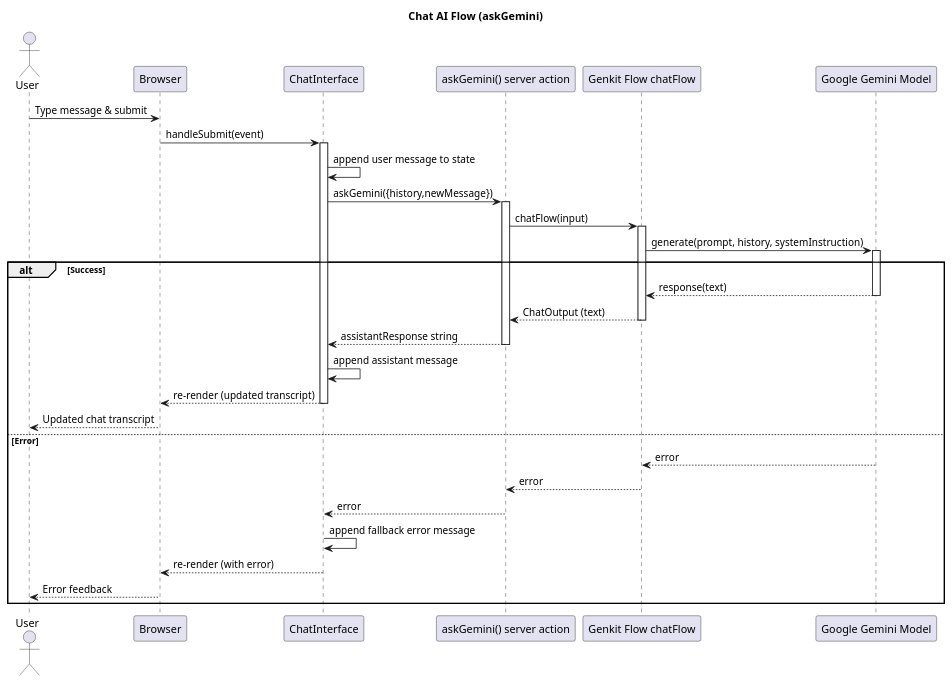
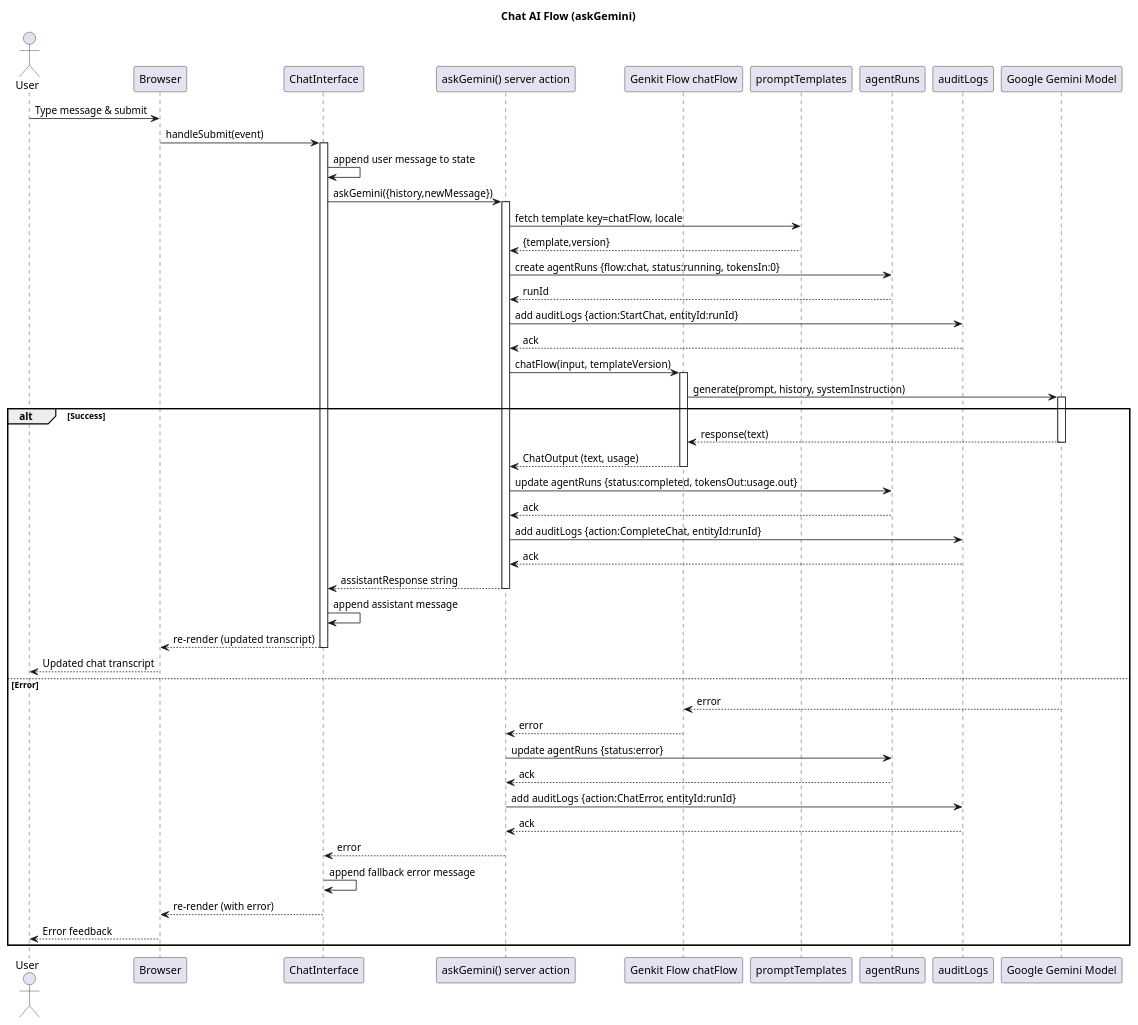
One commit to AdithyaSean/govconnect-sl changed the diagram in docs/sequence-diagrams/chat-flow.puml. Above: the diagram before and after it, drawn with PlantUML. The commit also changed 34 other files, not shown here.

```diff
--- a/docs/sequence-diagrams/chat-flow.puml
+++ b/docs/sequence-diagrams/chat-flow.puml
@@ -1,46 +1,63 @@
 @startuml chat_flow
 title Chat AI Flow (askGemini)
 ' =====================================================================
 ' Chat AI Flow (askGemini)
 ' =====================================================================
 actor User
 participant Browser as FE
 participant "ChatInterface" as UI
 participant "askGemini() server action" as Action
 participant "Genkit Flow chatFlow" as Flow
+participant PT as "promptTemplates"
+participant AR as "agentRuns"
+participant AUD as "auditLogs"
 participant "Google Gemini Model" as LLM
 
 User -> FE: Type message & submit
 FE -> UI: handleSubmit(event)
 activate UI
 UI -> UI: append user message to state
 UI -> Action: askGemini({history,newMessage})
 activate Action
-Action -> Flow: chatFlow(input)
+Action -> PT: fetch template key=chatFlow, locale
+PT --> Action: {template,version}
+Action -> AR: create agentRuns {flow:chat, status:running, tokensIn:0}
+AR --> Action: runId
+Action -> AUD: add auditLogs {action:StartChat, entityId:runId}
+AUD --> Action: ack
+Action -> Flow: chatFlow(input, templateVersion)
 activate Flow
 Flow -> LLM: generate(prompt, history, systemInstruction)
 activate LLM
 alt Success
 	LLM --> Flow: response(text)
 	deactivate LLM
-	Flow --> Action: ChatOutput (text)
+	Flow --> Action: ChatOutput (text, usage)
 	deactivate Flow
+	Action -> AR: update agentRuns {status:completed, tokensOut:usage.out}
+	AR --> Action: ack
+	Action -> AUD: add auditLogs {action:CompleteChat, entityId:runId}
+	AUD --> Action: ack
 	Action --> UI: assistantResponse string
 	deactivate Action
 	UI -> UI: append assistant message
 	UI --> FE: re-render (updated transcript)
 	deactivate UI
 	FE --> User: Updated chat transcript
 else Error
 	LLM --> Flow: error
 	deactivate LLM
 	Flow --> Action: error
 	deactivate Flow
+	Action -> AR: update agentRuns {status:error}
+	AR --> Action: ack
+	Action -> AUD: add auditLogs {action:ChatError, entityId:runId}
+	AUD --> Action: ack
 	Action --> UI: error
 	deactivate Action
 	UI -> UI: append fallback error message
 	UI --> FE: re-render (with error)
 	deactivate UI
 	FE --> User: Error feedback
 end
 @enduml
```
